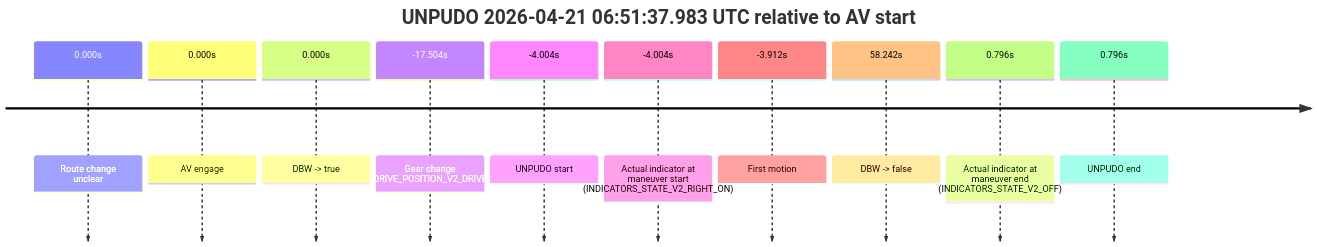
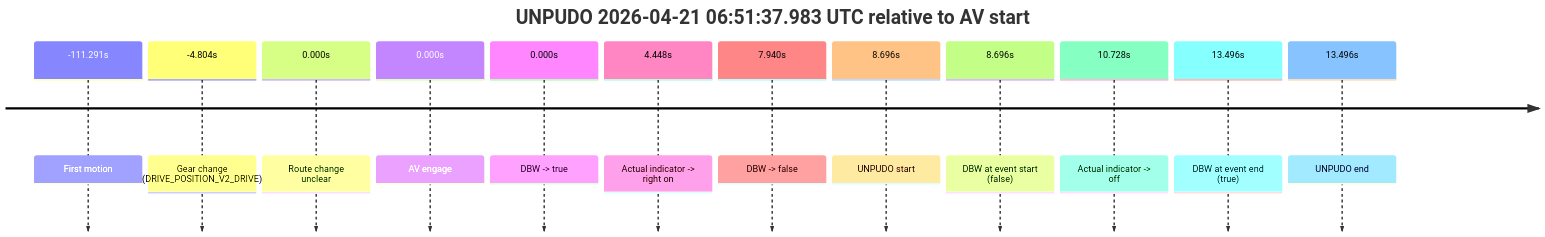
The third of 4 diagrams in model_analysis/report_cards/2026/04/Week-4/fme20032--2026-04-21--06-21-59--gen2-av-dc89c904-bd1e-45df-a584-41784b2b2a5a.md (yoelshapiro/vault), drawn with Mermaid before and after one commit. The commit also changed other lines of this file and 85 other files, not shown here.

````diff
--- a/model_analysis/report_cards/2026/04/Week-4/fme20032--2026-04-21--06-21-59--gen2-av-dc89c904-bd1e-45df-a584-41784b2b2a5a.md
+++ b/model_analysis/report_cards/2026/04/Week-4/fme20032--2026-04-21--06-21-59--gen2-av-dc89c904-bd1e-45df-a584-41784b2b2a5a.md
@@ -209,14 +229,16 @@
 ```mermaid
 timeline
     title UNPUDO 2026-04-21 06:51:37.983 UTC relative to AV start
+    -111.291s : First motion
+    -4.804s : Gear change (DRIVE_POSITION_V2_DRIVE)
     0.000s : Route change unclear
     0.000s : AV engage
     0.000s : DBW -> true
-    -17.504s : Gear change (DRIVE_POSITION_V2_DRIVE)
-    -4.004s : UNPUDO start
-    -4.004s : Actual indicator at maneuver start (INDICATORS_STATE_V2_RIGHT_ON)
-    -3.912s : First motion
-    58.242s : DBW -> false
-    0.796s : Actual indicator at maneuver end (INDICATORS_STATE_V2_OFF)
-    0.796s : UNPUDO end
+    4.448s : Actual indicator -> right on
+    7.940s : DBW -> false
+    8.696s : UNPUDO start
+    8.696s : DBW at event start (false)
+    10.728s : Actual indicator -> off
+    13.496s : DBW at event end (true)
+    13.496s : UNPUDO end
 ```
````
